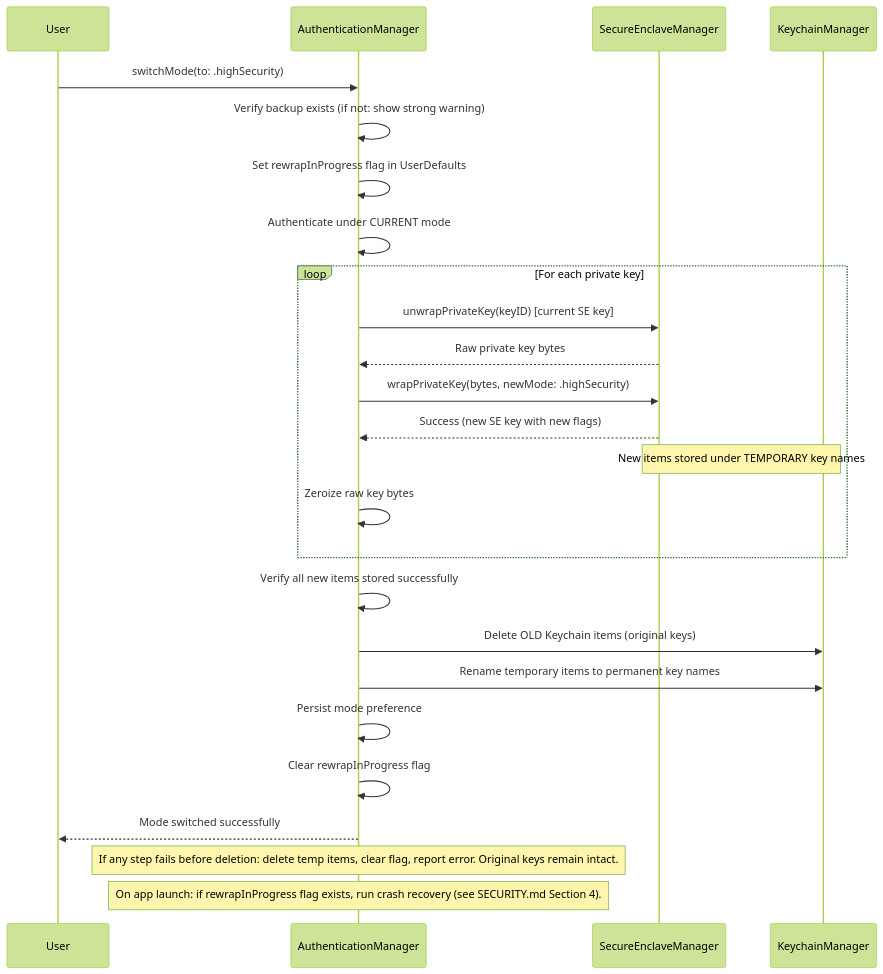
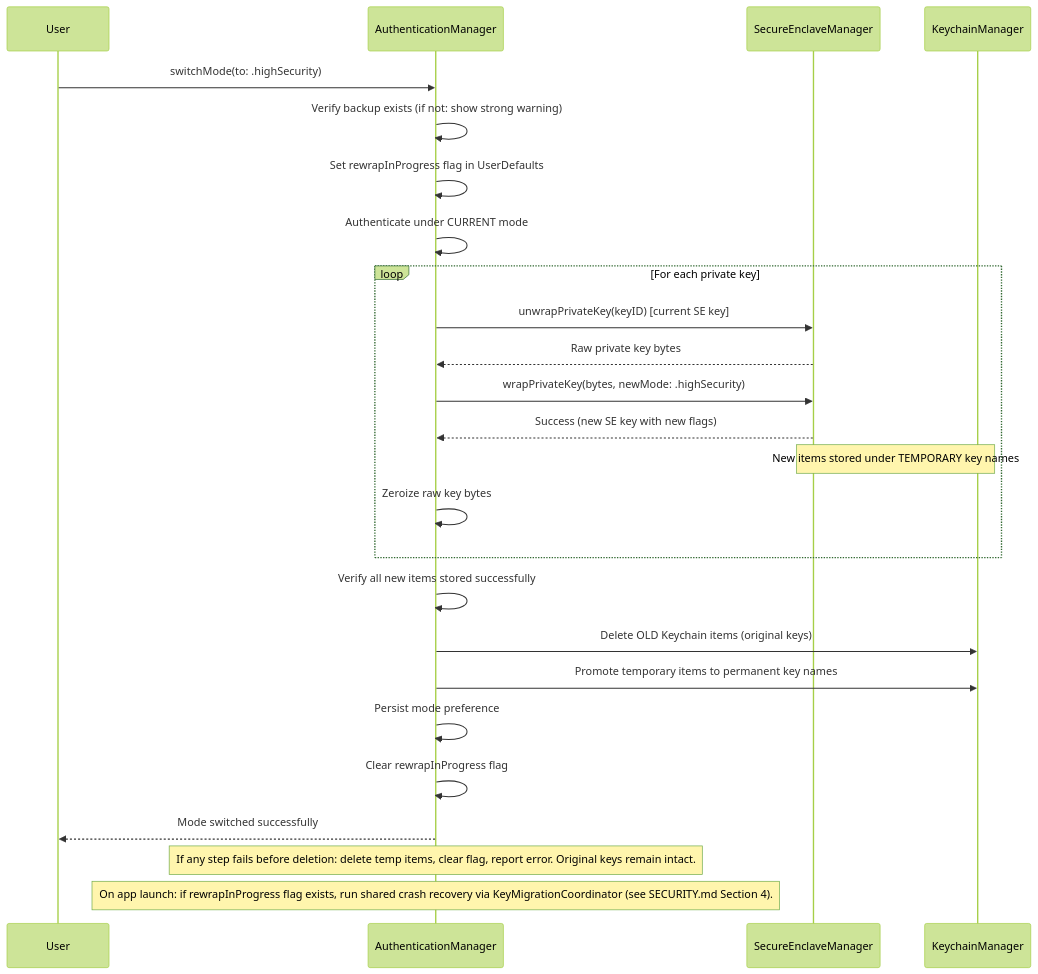
Before and after one commit to cypherair/cypherair: the sixth of 6 diagrams in docs/ARCHITECTURE.md, drawn with Mermaid (forest theme). The commit also changed other lines of this file and 11 other files, not shown here.

````diff
--- a/docs/ARCHITECTURE.md
+++ b/docs/ARCHITECTURE.md
@@ -219,31 +243,31 @@
 ```mermaid
 sequenceDiagram
     participant U as User
     participant AM as AuthenticationManager
     participant SEM as SecureEnclaveManager
     participant KC as KeychainManager
 
     U->>AM: switchMode(to: .highSecurity)
     AM->>AM: Verify backup exists (if not: show strong warning)
     AM->>AM: Set rewrapInProgress flag in UserDefaults
     AM->>AM: Authenticate under CURRENT mode
 
     loop For each private key
         AM->>SEM: unwrapPrivateKey(keyID) [current SE key]
         SEM-->>AM: Raw private key bytes
         AM->>SEM: wrapPrivateKey(bytes, newMode: .highSecurity)
         SEM-->>AM: Success (new SE key with new flags)
         Note over SEM,KC: New items stored under TEMPORARY key names
         AM->>AM: Zeroize raw key bytes
     end
 
     AM->>AM: Verify all new items stored successfully
     AM->>KC: Delete OLD Keychain items (original keys)
-    AM->>KC: Rename temporary items to permanent key names
+    AM->>KC: Promote temporary items to permanent key names
     AM->>AM: Persist mode preference
     AM->>AM: Clear rewrapInProgress flag
     AM-->>U: Mode switched successfully
 
     Note over AM: If any step fails before deletion: delete temp items, clear flag, report error. Original keys remain intact.
-    Note over AM: On app launch: if rewrapInProgress flag exists, run crash recovery (see SECURITY.md Section 4).
+    Note over AM: On app launch: if rewrapInProgress flag exists, run shared crash recovery via KeyMigrationCoordinator (see SECURITY.md Section 4).
 ```
````
